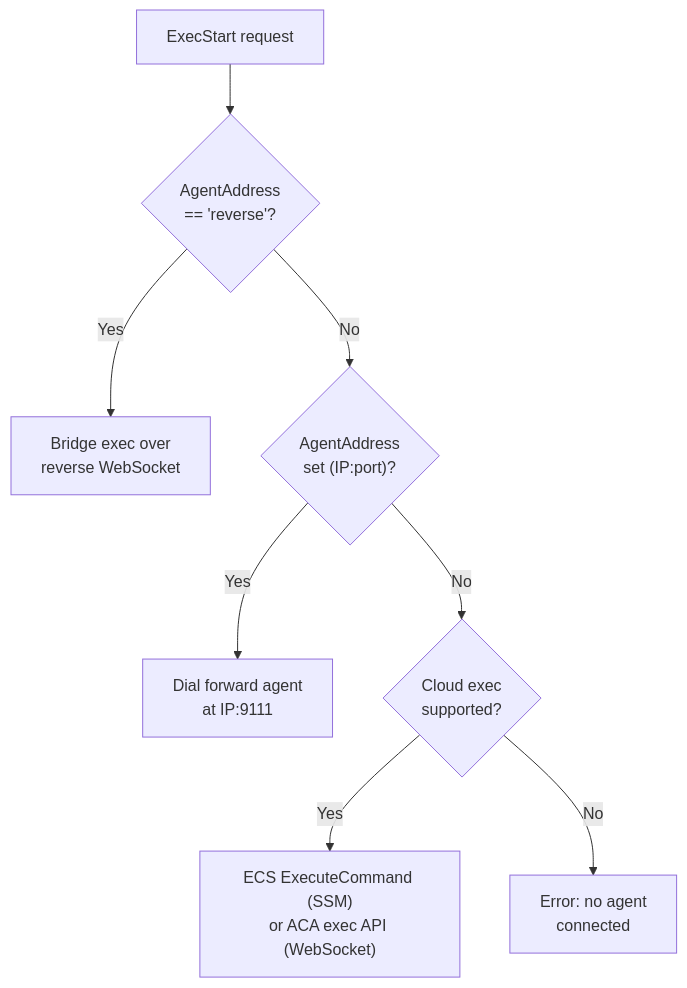
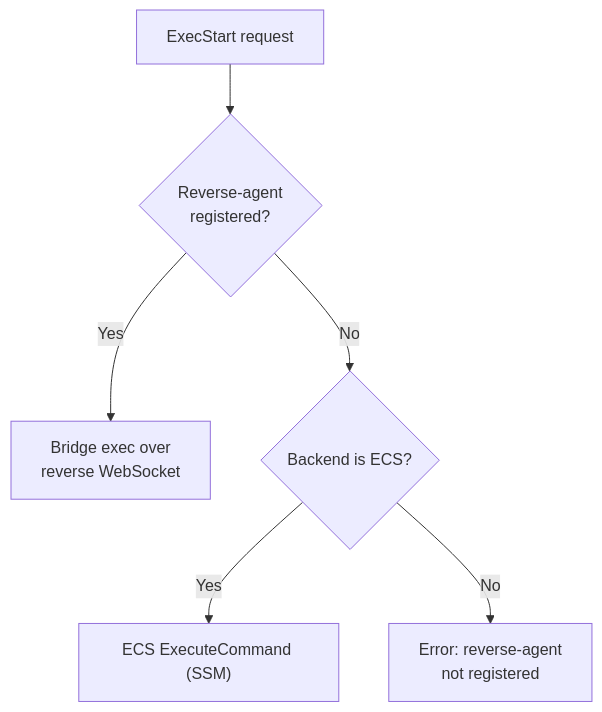
One commit to e6qu/sockerless changed diagram 12 of 19 in ARCHITECTURE.md. Above: the diagram before and after it, drawn with Mermaid. The commit also changed other lines of this file and 64 other files, not shown here.

````diff
--- a/ARCHITECTURE.md
+++ b/ARCHITECTURE.md
@@ -300,10 +300,8 @@
 ```mermaid
 flowchart TD
-    START["ExecStart request"] --> CHK1{"AgentAddress<br/>== 'reverse'?"}
+    START["ExecStart request"] --> CHK1{"Reverse-agent<br/>registered?"}
     CHK1 -->|Yes| REV["Bridge exec over<br/>reverse WebSocket"]
-    CHK1 -->|No| CHK2{"AgentAddress<br/>set (IP:port)?"}
-    CHK2 -->|Yes| FWD["Dial forward agent<br/>at IP:9111"]
-    CHK2 -->|No| CHK3{"Cloud exec<br/>supported?"}
-    CHK3 -->|Yes| CLOUD["ECS ExecuteCommand (SSM)\nor ACA exec API (WebSocket)"]
-    CHK3 -->|No| ERR["Error: no agent<br/>connected"]
+    CHK1 -->|No| CHK2{"Backend is ECS?"}
+    CHK2 -->|Yes| CLOUD["ECS ExecuteCommand (SSM)"]
+    CHK2 -->|No| ERR["Error: reverse-agent<br/>not registered"]
 ```
````
